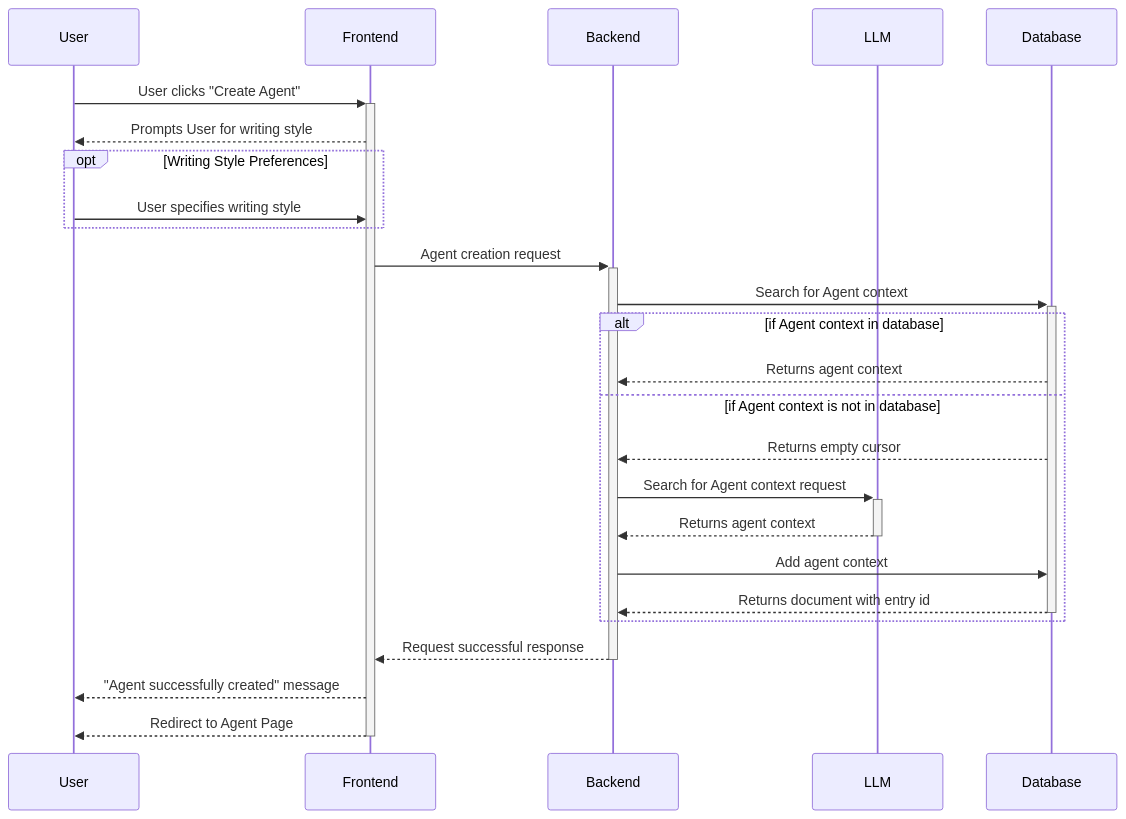
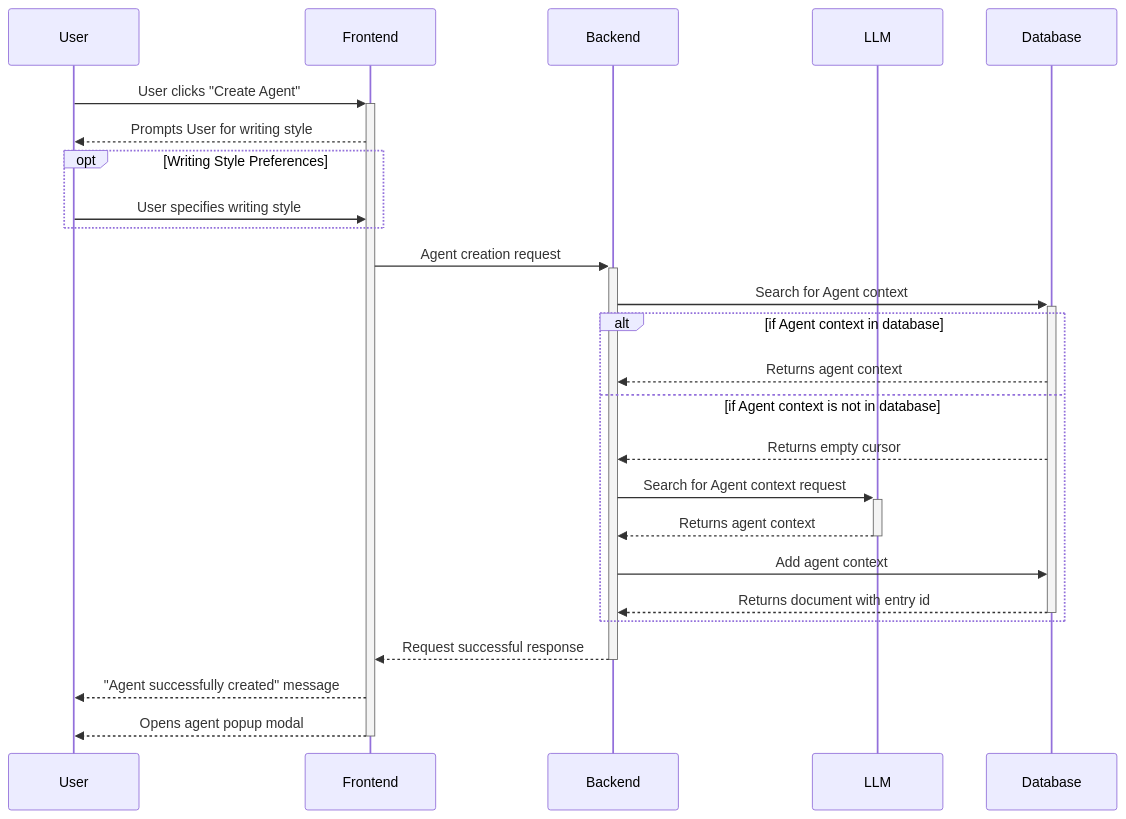
One commit to Capstone-Projects-2025-Spring/project-003-story-builder-team-1 changed the third of 6 diagrams in documentation/docs/system-architecture/sequence-diagrams.md. Above: the diagram before and after it, drawn with Mermaid. The commit also changed other lines of this file, not shown here.

Commit message:
Removed mentions of redirects and replaced them with popup modals

````diff
--- a/documentation/docs/system-architecture/sequence-diagrams.md
+++ b/documentation/docs/system-architecture/sequence-diagrams.md
@@ -57,27 +57,27 @@
 ```mermaid
 sequenceDiagram
     participant User
     participant Frontend
     participant Backend
     participant LLM
     participant Database
     User->>+Frontend: User clicks "Create Agent"
     Frontend-->>User: Prompts User for writing style
     opt Writing Style Preferences
     User->>Frontend: User specifies writing style
     end
     Frontend->>+Backend: Agent creation request
     Backend->>+Database: Search for Agent context
     alt if Agent context in database
         Database-->>Backend: Returns agent context
     else if Agent context is not in database
         Database-->>Backend: Returns empty cursor
         Backend->>+LLM: Search for Agent context request
         LLM-->>-Backend: Returns agent context
         Backend->>Database: Add agent context
         Database-->>-Backend: Returns document with entry id
     end
     Backend-->>-Frontend: Request successful response
     Frontend-->>User: "Agent successfully created" message
-    Frontend-->>-User: Redirect to Agent Page
+    Frontend-->>-User: Opens agent popup modal
 ```
````
